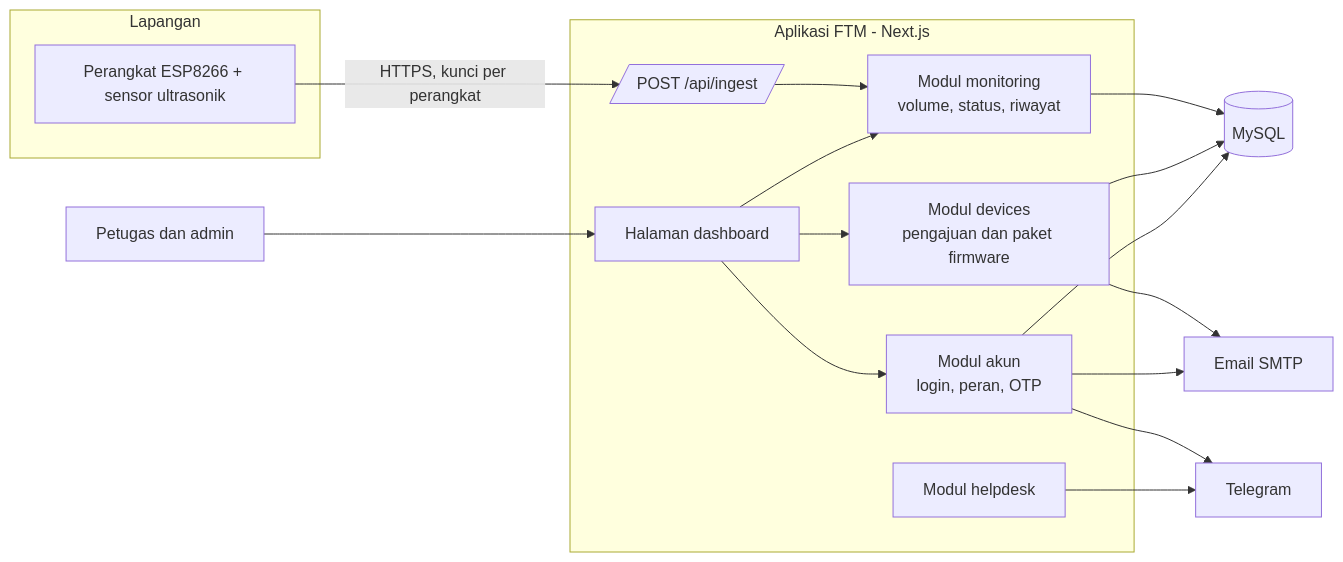
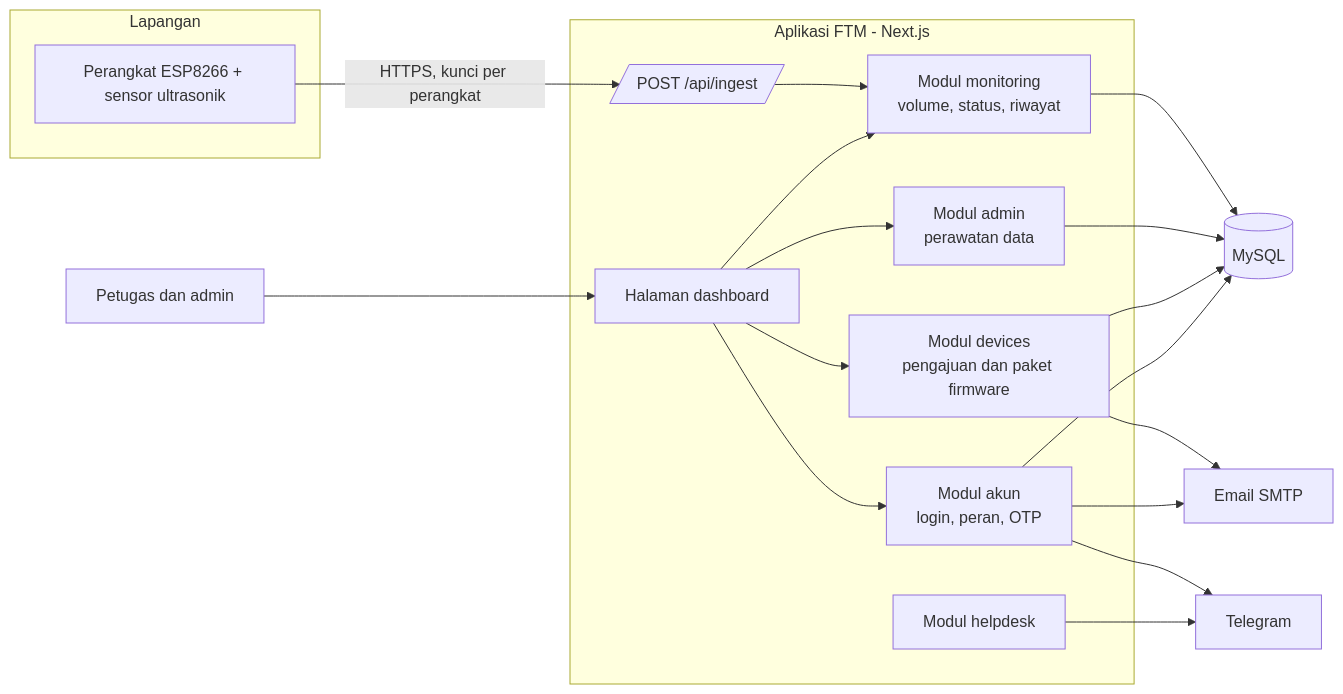
One commit to Zendin110206/solar-tank-monitoring-system changed the diagram in README.md. Above: the diagram before and after it, drawn with Mermaid. The commit also changed 7 other files, not shown here.

````diff
--- a/README.md
+++ b/README.md
@@ -59,32 +59,35 @@
 ```mermaid
 flowchart LR
   subgraph Lapangan
     DEV[Perangkat ESP8266 + sensor ultrasonik]
   end
   subgraph App[Aplikasi FTM - Next.js]
     ING[/POST /api/ingest/]
     MON[Modul monitoring<br/>volume, status, riwayat]
     DEVMOD[Modul devices<br/>pengajuan dan paket firmware]
     AUTH[Modul akun<br/>login, peran, OTP]
     HD[Modul helpdesk]
+    ADM[Modul admin<br/>perawatan data]
     UI[Halaman dashboard]
   end
   DB[(MySQL)]
   MAIL[Email SMTP]
   TG[Telegram]
   USER[Petugas dan admin]
 
   DEV -->|HTTPS, kunci per perangkat| ING
   ING --> MON
   MON --> DB
   UI --> MON
   UI --> DEVMOD
   UI --> AUTH
+  UI --> ADM
+  ADM --> DB
   DEVMOD --> DB
   DEVMOD --> MAIL
   AUTH --> DB
   AUTH --> MAIL
   AUTH --> TG
   HD --> TG
   USER --> UI
 ```
````
